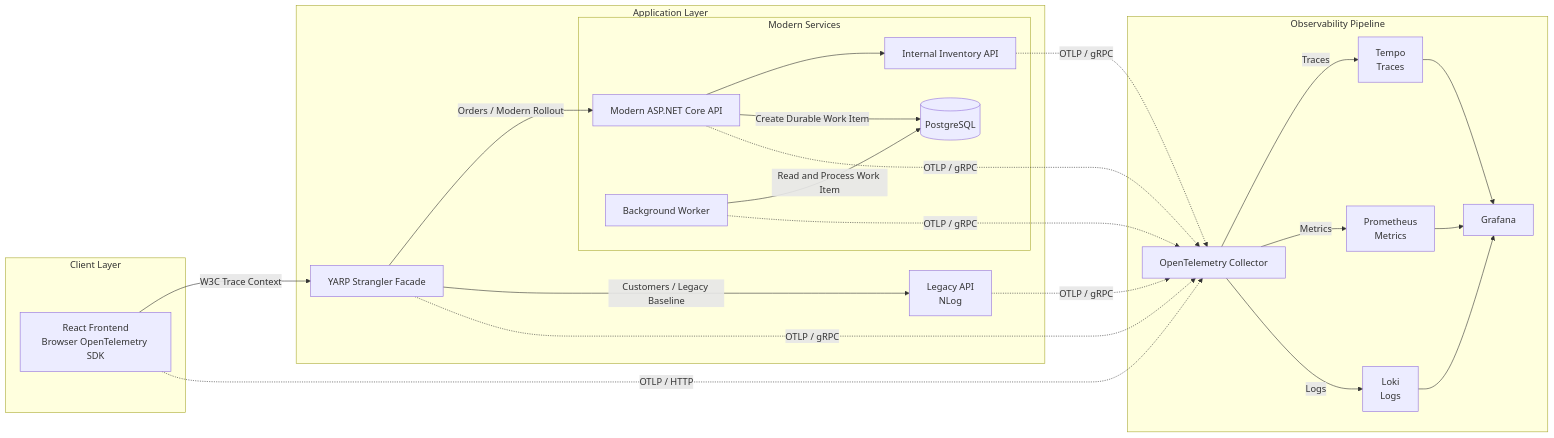
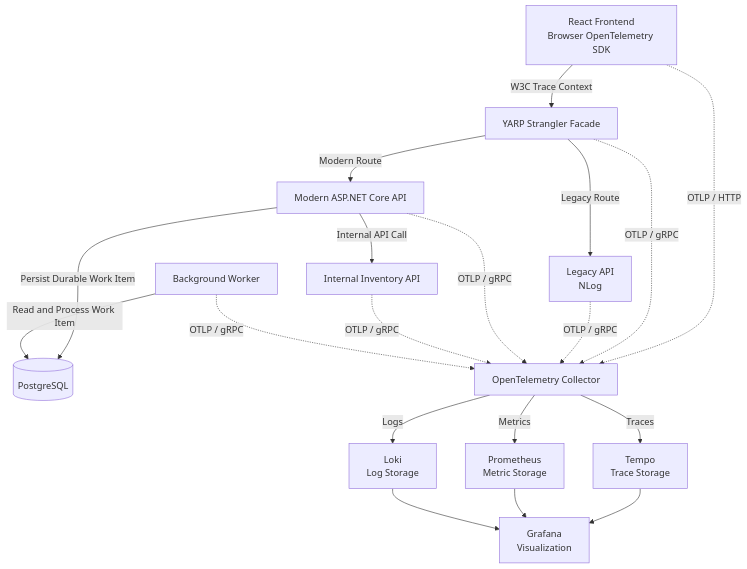
The diagram in README.md (naeemraza-dev/TelemetryBridge), drawn with Mermaid before and after one commit.

Commit message:
diagram updated

````diff
--- a/README.md
+++ b/README.md
@@ -14,51 +14,45 @@
 ```mermaid
-flowchart LR
+flowchart TB
 
-    subgraph Client["Client Layer"]
-        Browser["React Frontend<br/>Browser OpenTelemetry SDK"]
-    end
+    Browser["React Frontend<br/>Browser OpenTelemetry SDK"]
 
-    subgraph Applications["Application Layer"]
-        Facade["YARP Strangler Facade"]
-        Legacy["Legacy API<br/>NLog"]
+    Facade["YARP Strangler Facade"]
 
-        subgraph Modern["Modern Services"]
-            API["Modern ASP.NET Core API"]
-            Internal["Internal Inventory API"]
-            Worker["Background Worker"]
-            DB[("PostgreSQL")]
-        end
-    end
+    Legacy["Legacy API<br/>NLog"]
 
-    subgraph Observability["Observability Pipeline"]
-        Collector["OpenTelemetry Collector"]
-        Tempo["Tempo<br/>Traces"]
-        Prometheus["Prometheus<br/>Metrics"]
-        Loki["Loki<br/>Logs"]
-        Grafana["Grafana"]
-    end
+    API["Modern ASP.NET Core API"]
+    Internal["Internal Inventory API"]
+    DB[("PostgreSQL")]
+    Worker["Background Worker"]
+
+    Collector["OpenTelemetry Collector"]
+
+    Tempo["Tempo<br/>Trace Storage"]
+    Prometheus["Prometheus<br/>Metric Storage"]
+    Loki["Loki<br/>Log Storage"]
+    Grafana["Grafana<br/>Visualization"]
 
     Browser -->|"W3C Trace Context"| Facade
 
-    Facade -->|"Orders / Modern Rollout"| API
-    Facade -->|"Customers / Legacy Baseline"| Legacy
+    Facade -->|"Legacy Route"| Legacy
+    Facade -->|"Modern Route"| API
 
-    API --> Internal
-    API -->|"Create Durable Work Item"| DB
+    API -->|"Internal API Call"| Internal
+    API -->|"Persist Durable Work Item"| DB
     Worker -->|"Read and Process Work Item"| DB
 
     Browser -.->|"OTLP / HTTP"| Collector
     Facade -.->|"OTLP / gRPC"| Collector
+    Legacy -.->|"OTLP / gRPC"| Collector
     API -.->|"OTLP / gRPC"| Collector
-    Legacy -.->|"OTLP / gRPC"| Collector
     Internal -.->|"OTLP / gRPC"| Collector
     Worker -.->|"OTLP / gRPC"| Collector
 
     Collector -->|"Traces"| Tempo
     Collector -->|"Metrics"| Prometheus
     Collector -->|"Logs"| Loki
 
     Tempo --> Grafana
     Prometheus --> Grafana
     Loki --> Grafana
 ```
````
